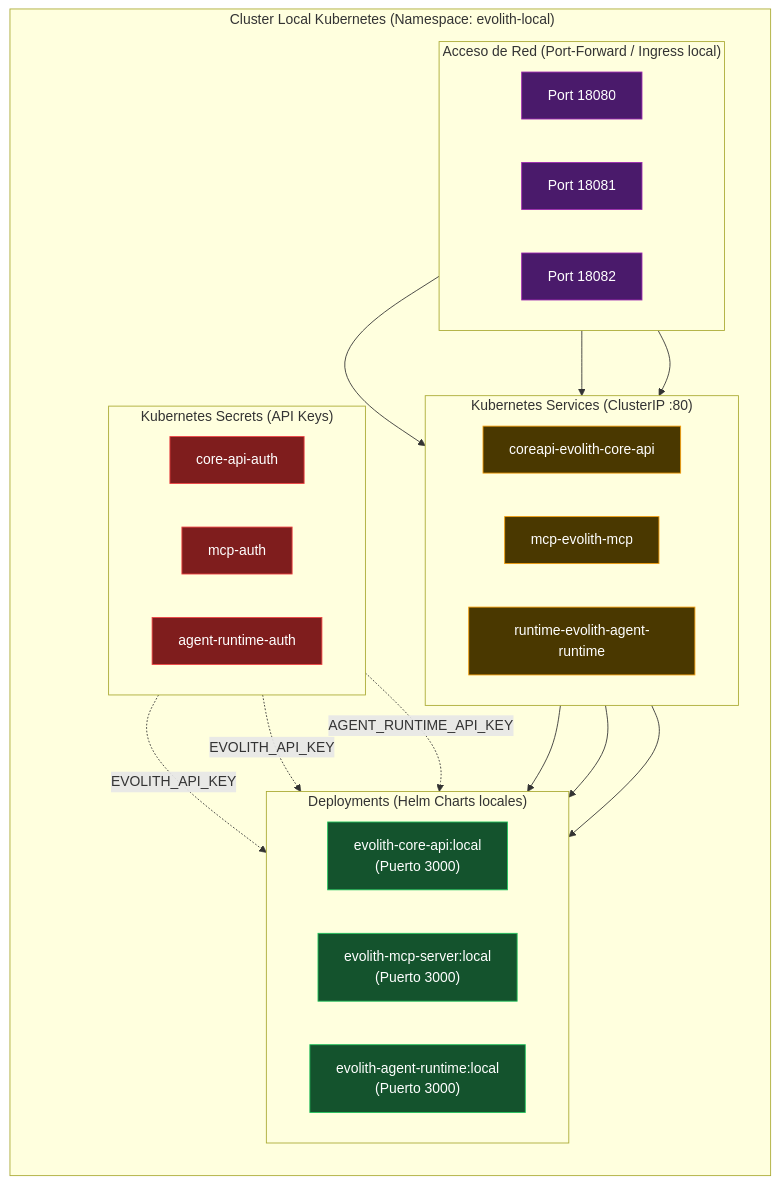
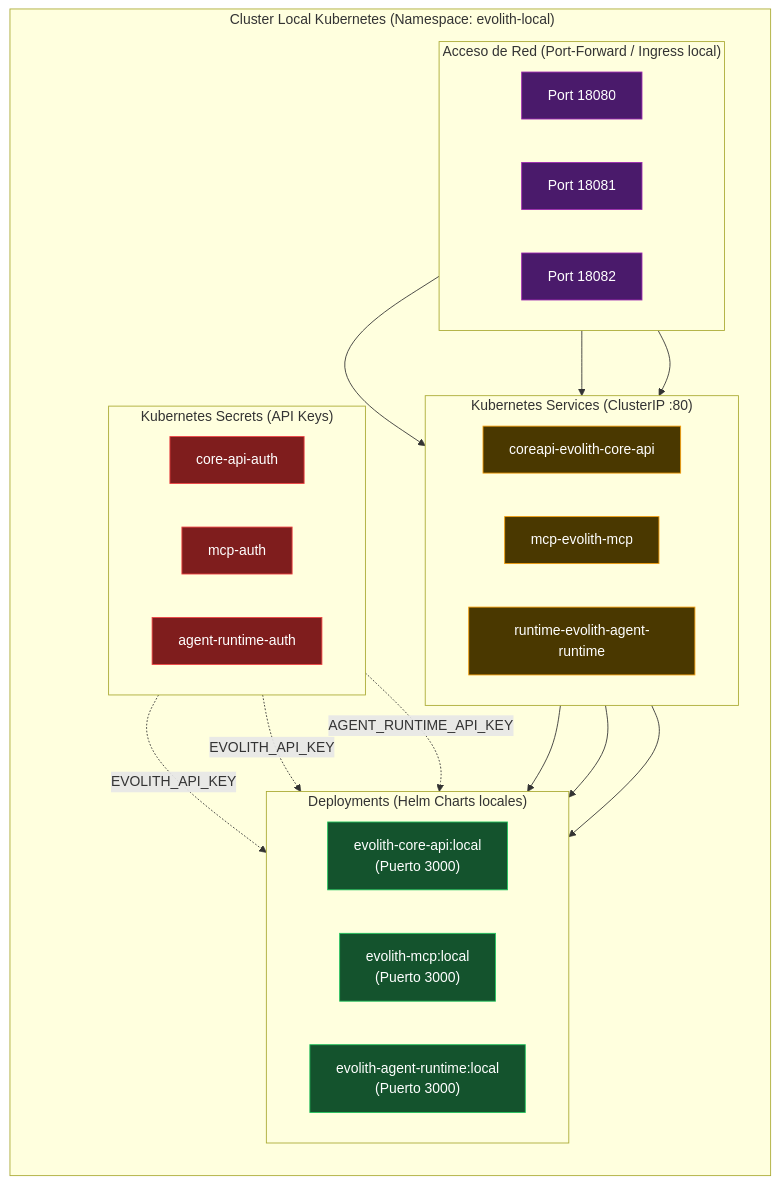
The third of 6 diagrams in reference/core/foundations/common-rules/communication/visuals/v08-infrastructure-topology.es.md (beyondnetcode/evolith_arch32), drawn with Mermaid before and after one commit. The commit also changed 21 other files, not shown here.

First line of the commit message:
fix(mcp): repair 3 stale mcp-server specs + rename infra evolith-mcp-server → evolith-mcp

````diff
--- a/reference/core/foundations/common-rules/communication/visuals/v08-infrastructure-topology.es.md
+++ b/reference/core/foundations/common-rules/communication/visuals/v08-infrastructure-topology.es.md
@@ -131,51 +131,51 @@
 ```mermaid
 flowchart TB
     classDef dev fill:#14532d,stroke:#22c55e,color:#fff
     classDef infra fill:#4a3800,stroke:#f59e0b,color:#fff
     classDef network fill:#4a1a6b,stroke:#9c27b0,color:#fff
     classDef secret fill:#7f1d1d,stroke:#ef4444,color:#fff
 
     subgraph LOCAL_K8S["️ Cluster Local Kubernetes (Namespace: evolith-local)"]
         direction TB
 
         subgraph INGRESS["Acceso de Red (Port-Forward / Ingress local)"]
             direction LR
             PF_CORE["Port 18080"]:::network
             PF_MCP["Port 18081"]:::network
             PF_RUNTIME["Port 18082"]:::network
         end
 
         subgraph SVC["Kubernetes Services (ClusterIP :80)"]
             direction LR
             SVC_CORE["coreapi-evolith-core-api"]:::infra
             SVC_MCP["mcp-evolith-mcp"]:::infra
             SVC_RUNTIME["runtime-evolith-agent-runtime"]:::infra
         end
 
         subgraph PODS["Deployments (Helm Charts locales)"]
             direction LR
             POD_CORE["evolith-core-api:local\n(Puerto 3000)"]:::dev
-            POD_MCP["evolith-mcp-server:local\n(Puerto 3000)"]:::dev
+            POD_MCP["evolith-mcp:local\n(Puerto 3000)"]:::dev
             POD_RUNTIME["evolith-agent-runtime:local\n(Puerto 3000)"]:::dev
         end
 
         subgraph SECRETS["Kubernetes Secrets (API Keys)"]
             direction LR
             SEC_CORE["core-api-auth"]:::secret
             SEC_MCP["mcp-auth"]:::secret
             SEC_RUNTIME["agent-runtime-auth"]:::secret
         end
 
         PF_CORE --> SVC_CORE
         PF_MCP --> SVC_MCP
         PF_RUNTIME --> SVC_RUNTIME
 
         SVC_CORE --> POD_CORE
         SVC_MCP --> POD_MCP
         SVC_RUNTIME --> POD_RUNTIME
 
         SEC_CORE -.->|"EVOLITH_API_KEY"| POD_CORE
         SEC_MCP -.->|"EVOLITH_API_KEY"| POD_MCP
         SEC_RUNTIME -.->|"AGENT_RUNTIME_API_KEY"| POD_RUNTIME
     end
 ```
````
